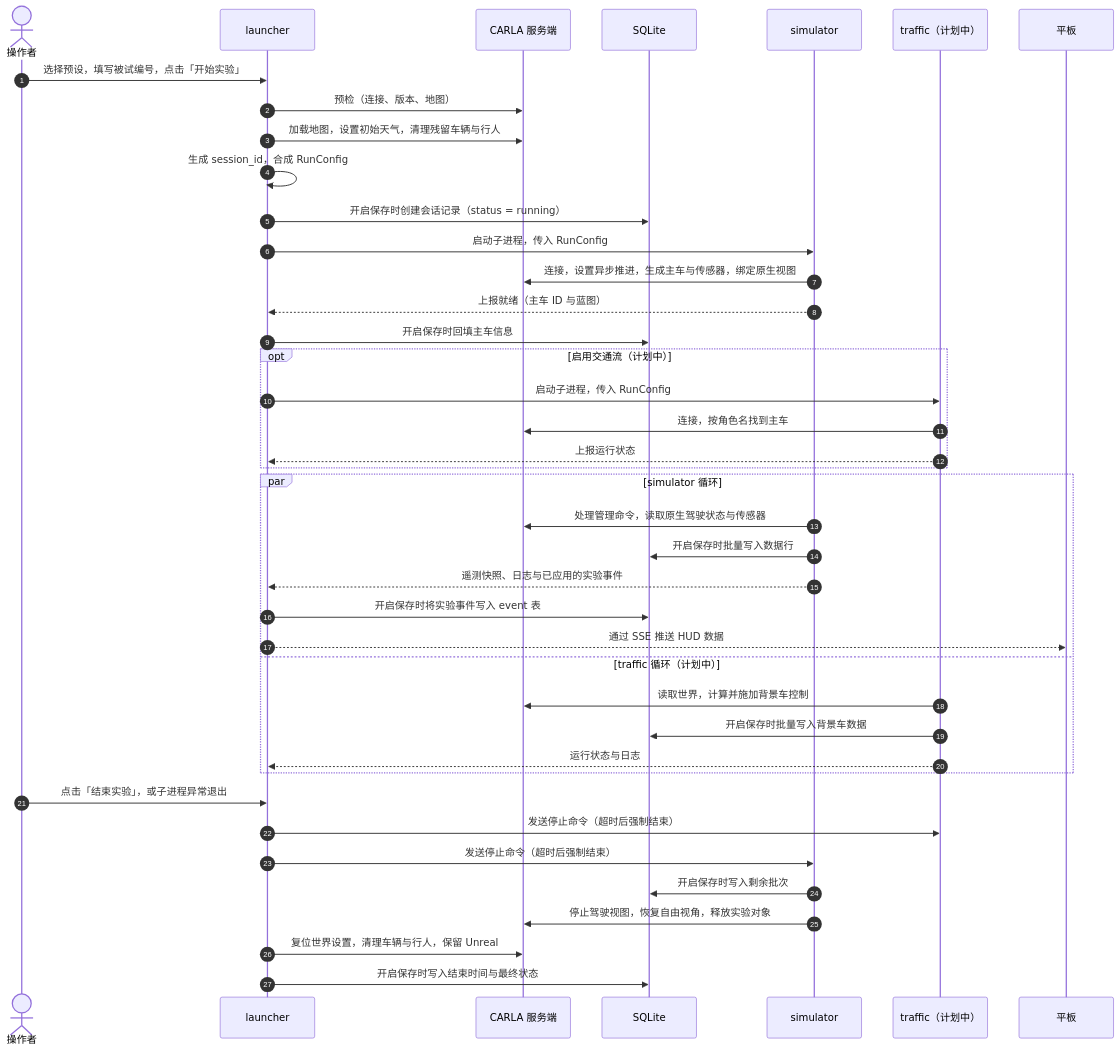
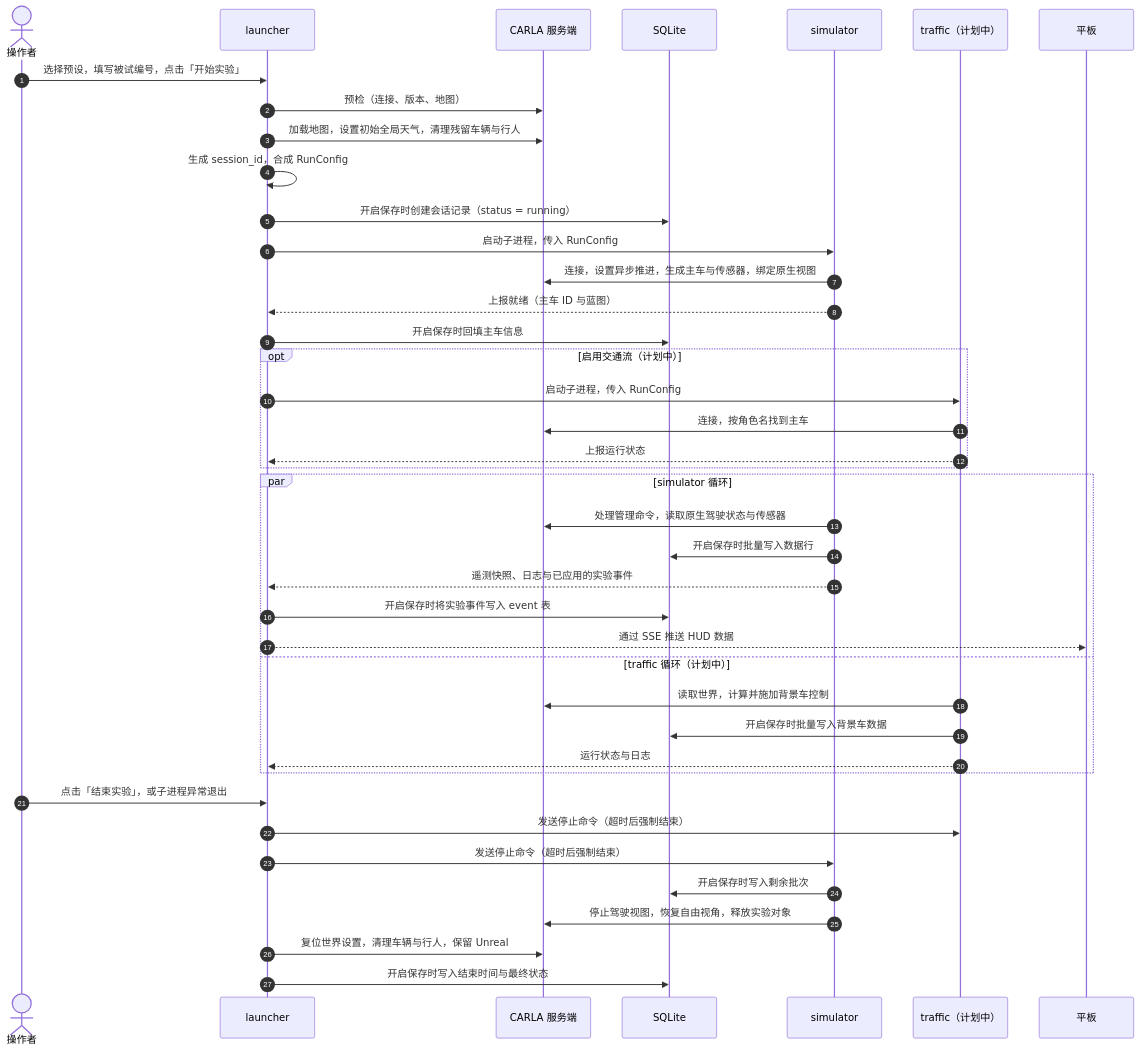
One commit to ZiyuZ/DRISCA changed the third of 5 diagrams in docs/design/01-Architecture.md. Above: the diagram before and after it, drawn with Mermaid. The commit also changed other lines of this file and 29 other files, not shown here.

````diff
--- a/docs/design/01-Architecture.md
+++ b/docs/design/01-Architecture.md
@@ -128,47 +128,47 @@
 ```mermaid
 sequenceDiagram
     autonumber
     actor U as 操作者
     participant L as launcher
     participant C as CARLA 服务端
     participant D as SQLite
     participant S as simulator
     participant T as traffic（计划中）
     participant P as 平板
 
     U->>L: 选择预设，填写被试编号，点击「开始实验」
     L->>C: 预检（连接、版本、地图）
-    L->>C: 加载地图，设置初始天气，清理残留车辆与行人
+    L->>C: 加载地图，设置初始全局天气，清理残留车辆与行人
     L->>L: 生成 session_id，合成 RunConfig
     L->>D: 开启保存时创建会话记录（status = running）
     L->>S: 启动子进程，传入 RunConfig
     S->>C: 连接，设置异步推进，生成主车与传感器，绑定原生视图
     S-->>L: 上报就绪（主车 ID 与蓝图）
     L->>D: 开启保存时回填主车信息
 
     opt 启用交通流（计划中）
         L->>T: 启动子进程，传入 RunConfig
         T->>C: 连接，按角色名找到主车
         T-->>L: 上报运行状态
     end
 
     par simulator 循环
         S->>C: 处理管理命令，读取原生驾驶状态与传感器
         S->>D: 开启保存时批量写入数据行
         S-->>L: 遥测快照、日志与已应用的实验事件
         L->>D: 开启保存时将实验事件写入 event 表
         L-->>P: 通过 SSE 推送 HUD 数据
     and traffic 循环（计划中）
         T->>C: 读取世界，计算并施加背景车控制
         T->>D: 开启保存时批量写入背景车数据
         T-->>L: 运行状态与日志
     end
 
     U->>L: 点击「结束实验」，或子进程异常退出
     L->>T: 发送停止命令（超时后强制结束）
     L->>S: 发送停止命令（超时后强制结束）
     S->>D: 开启保存时写入剩余批次
     S->>C: 停止驾驶视图，恢复自由视角，释放实验对象
     L->>C: 复位世界设置，清理车辆与行人，保留 Unreal
     L->>D: 开启保存时写入结束时间与最终状态
 ```
````
